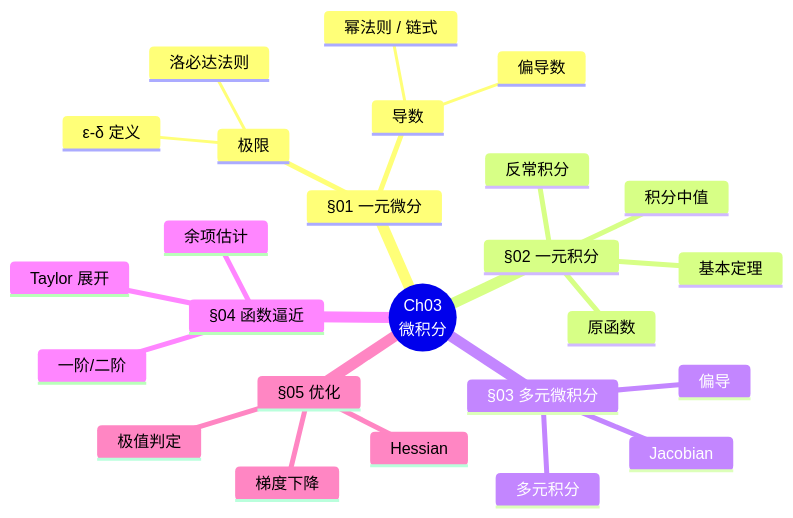
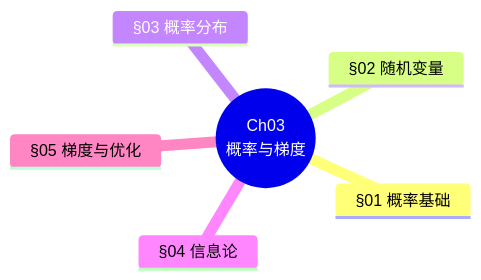
Before and after one commit to godlockin/maths-cs-ai-compendium: the diagram in zh/教辅/思维导图/第03章.md, drawn with Mermaid. The commit also changed other lines of this file and 10 other files, not shown here.

````diff
--- a/zh/教辅/思维导图/第03章.md
+++ b/zh/教辅/思维导图/第03章.md
@@ -15,28 +8,9 @@
 ```mermaid
 mindmap
-  root((Ch03<br/>微积分))
-    §01 一元微分
-      极限
-        ε-δ 定义
-        洛必达法则
-      导数
-        幂法则 / 链式
-        偏导数
-    §02 一元积分
-      原函数
-      基本定理
-      积分中值
-      反常积分
-    §03 多元微积分
-      偏导
-      Jacobian
-      多元积分
-    §04 函数逼近
-      Taylor 展开
-      一阶/二阶
-      余项估计
-    §05 优化
-      极值判定
-      Hessian
-      梯度下降
+  root((Ch03<br/>概率与梯度))
+    §01 概率基础
+    §02 随机变量
+    §03 概率分布
+    §04 信息论
+    §05 梯度与优化
 ```
````
